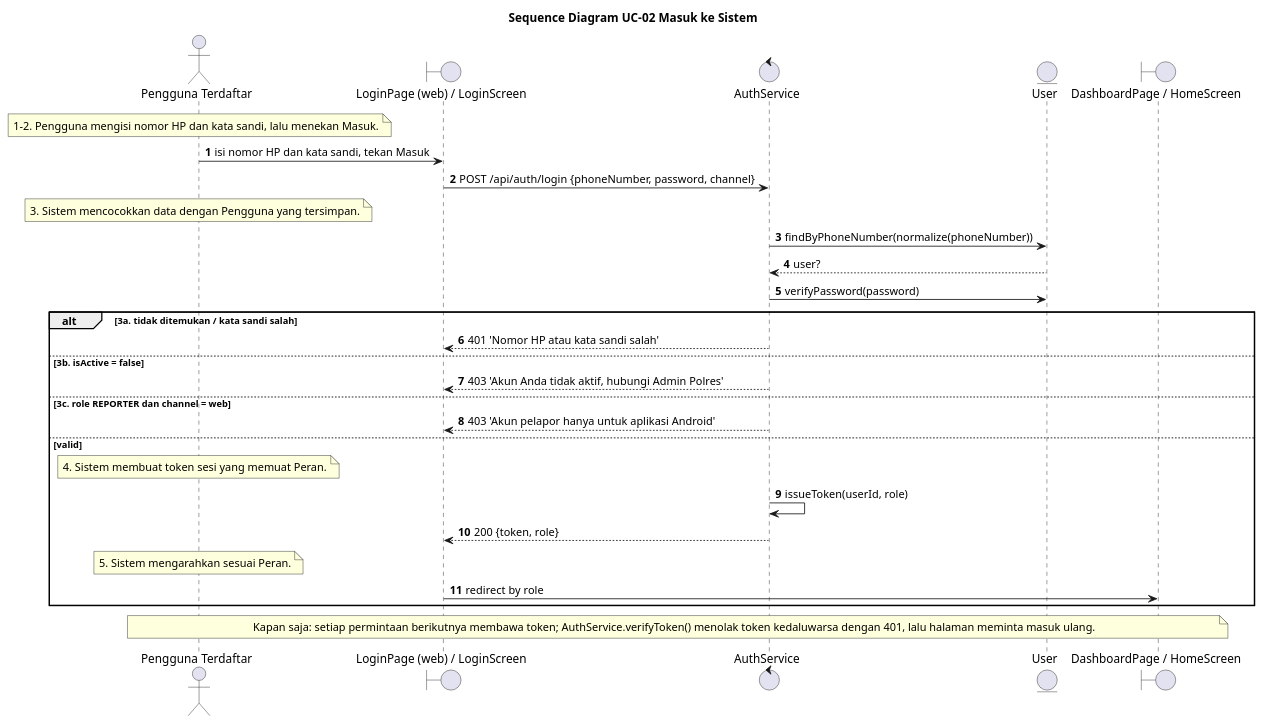
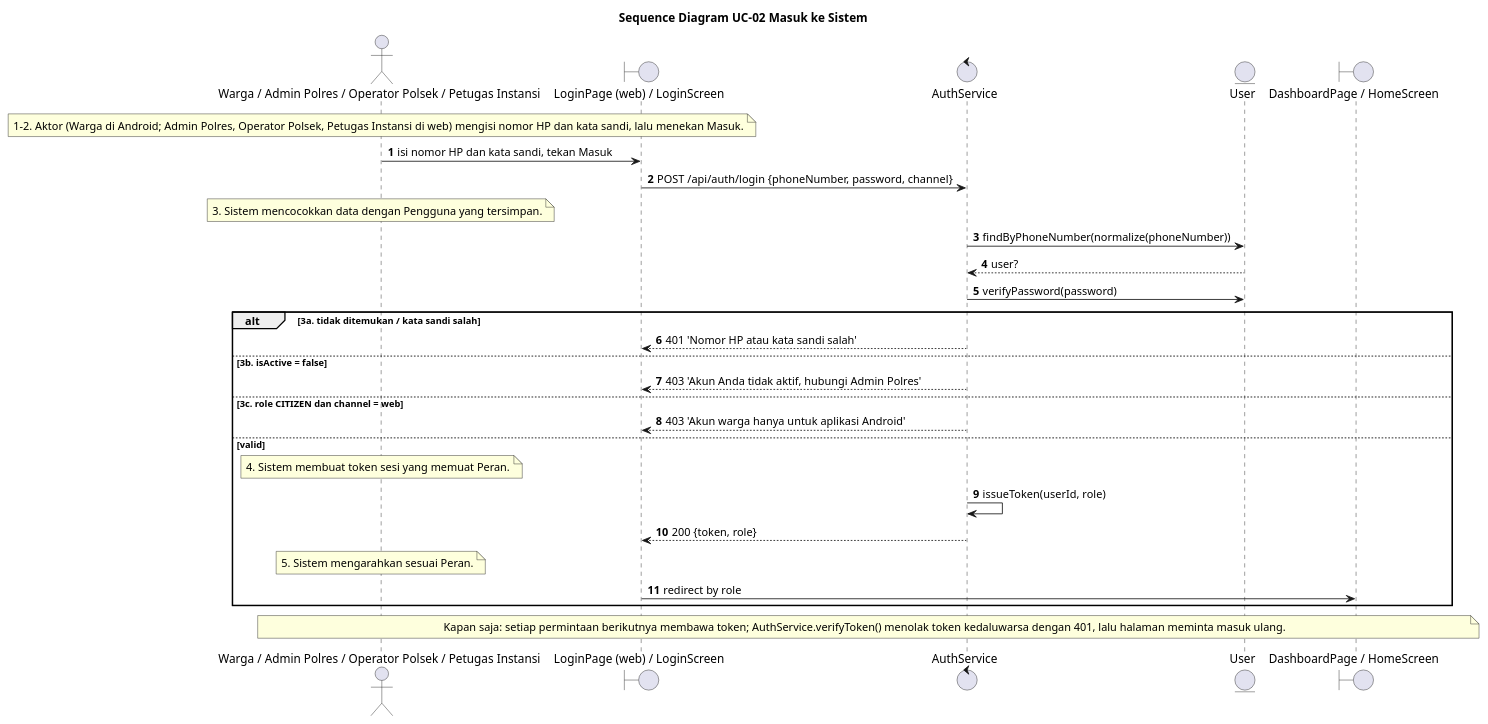
Before and after one commit to wirapatigilang/laporapi-api-web: the diagram in specs/002-uc02-sign-in/iconix/uc02-sequence.puml, drawn with PlantUML. The commit also changed 46 other files, not shown here.

First line of the commit message:
Aktor Pelapor diganti Warga, peran REPORTER menjadi CITIZEN

```diff
--- a/specs/002-uc02-sign-in/iconix/uc02-sequence.puml
+++ b/specs/002-uc02-sign-in/iconix/uc02-sequence.puml
@@ -1,30 +1,30 @@
 @startuml
 title Sequence Diagram UC-02 Masuk ke Sistem
 autonumber
-actor "Pengguna Terdaftar" as usr
+actor "Warga / Admin Polres / Operator Polsek / Petugas Instansi" as usr
 boundary "LoginPage (web) / LoginScreen" as hal
 control "AuthService" as auth
 entity "User" as png
 boundary "DashboardPage / HomeScreen" as dsb
-note over usr : 1–2. Pengguna mengisi nomor HP dan kata sandi, lalu menekan Masuk.
+note over usr : 1–2. Aktor (Warga di Android; Admin Polres, Operator Polsek, Petugas Instansi di web) mengisi nomor HP dan kata sandi, lalu menekan Masuk.
 usr -> hal : isi nomor HP dan kata sandi, tekan Masuk
 hal -> auth : POST /api/auth/login {phoneNumber, password, channel}
 note over usr : 3. Sistem mencocokkan data dengan Pengguna yang tersimpan.
 auth -> png : findByPhoneNumber(normalize(phoneNumber))
 png --> auth : user?
 auth -> png : verifyPassword(password)
 alt 3a. tidak ditemukan / kata sandi salah
 auth --> hal : 401 'Nomor HP atau kata sandi salah'
 else 3b. isActive = false
 auth --> hal : 403 'Akun Anda tidak aktif, hubungi Admin Polres'
-else 3c. role REPORTER dan channel = web
-auth --> hal : 403 'Akun pelapor hanya untuk aplikasi Android'
+else 3c. role CITIZEN dan channel = web
+auth --> hal : 403 'Akun warga hanya untuk aplikasi Android'
 else valid
 note over usr : 4. Sistem membuat token sesi yang memuat Peran.
 auth -> auth : issueToken(userId, role)
 auth --> hal : 200 {token, role}
 note over usr : 5. Sistem mengarahkan sesuai Peran.
 hal -> dsb : redirect by role
 end
 note across : Kapan saja: setiap permintaan berikutnya membawa token; AuthService.verifyToken() menolak token kedaluwarsa dengan 401, lalu halaman meminta masuk ulang.
 @enduml
```
